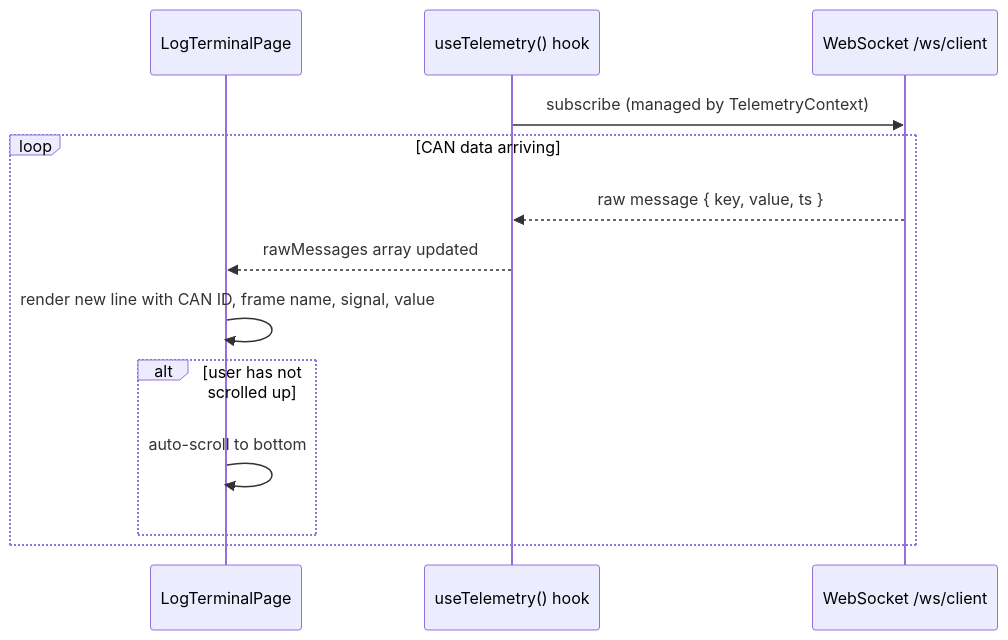
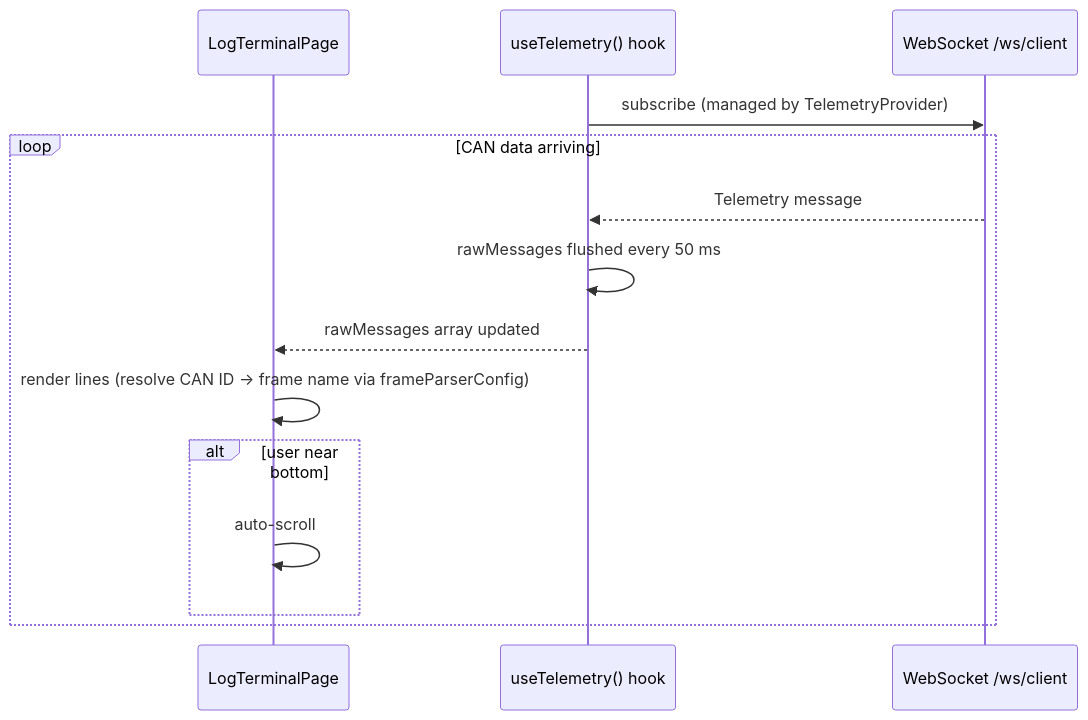
The ninth of 11 diagrams in documentation/data-flows.md (evilspoon13/track-web), drawn with Mermaid before and after one commit. The commit also changed other lines of this file and 36 other files, not shown here.

````diff
--- a/documentation/data-flows.md
+++ b/documentation/data-flows.md
@@ -193,16 +242,17 @@
 ```mermaid
 sequenceDiagram
     participant LT as LogTerminalPage
     participant TH as useTelemetry() hook
     participant WS as WebSocket /ws/client
 
-    TH->>WS: subscribe (managed by TelemetryContext)
+    TH->>WS: subscribe (managed by TelemetryProvider)
     loop CAN data arriving
-        WS-->>TH: raw message { key, value, ts }
+        WS-->>TH: Telemetry message
+        TH->>TH: rawMessages flushed every 50 ms
         TH-->>LT: rawMessages array updated
-        LT->>LT: render new line with CAN ID, frame name, signal, value
-        alt user has not scrolled up
-            LT->>LT: auto-scroll to bottom
+        LT->>LT: render lines (resolve CAN ID → frame name via frameParserConfig)
+        alt user near bottom
+            LT->>LT: auto-scroll
         end
     end
 ```
````
